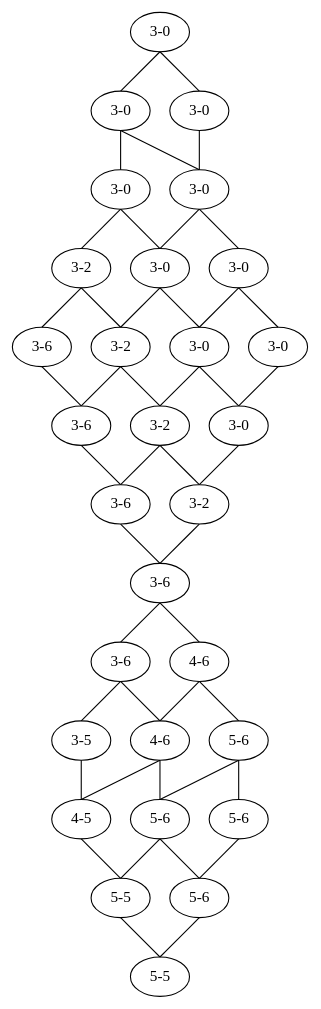
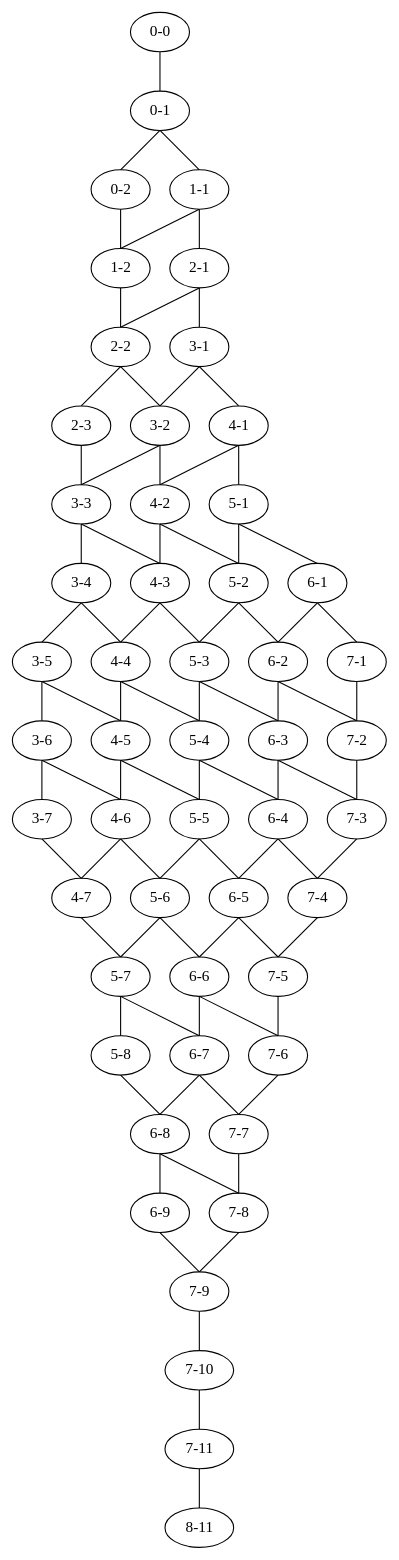
Before and after one commit to robzenn92/distributedAlgorithms: the diagram in src/main/java/com/distributedalgorithms/out/lattice.dot, drawn with Graphviz. The commit also changed 6 other files, not shown here.

```diff
--- a/src/main/java/com/distributedalgorithms/out/lattice.dot
+++ b/src/main/java/com/distributedalgorithms/out/lattice.dot
@@ -1,90 +1,148 @@
 digraph item_set {
 
 // set edge attribute
 edge [dir = none tailport = "s" headport = "n"]
 splines=false
 
 // the 1o layer
-0 [label = "3-0"];
+0 [label = "0-0"];
 
 // the 2o layer
-1 [label = "3-0"];
-10 [label = "3-0"];
+1 [label = "0-1"];
 
 // the 3o layer
-2 [label = "3-0"];
-11 [label = "3-0"];
+2 [label = "0-2"];
+11 [label = "1-1"];
 
 // the 4o layer
-3 [label = "3-2"];
-12 [label = "3-0"];
-21 [label = "3-0"];
+12 [label = "1-2"];
+21 [label = "2-1"];
 
 // the 5o layer
-4 [label = "3-6"];
-13 [label = "3-2"];
-22 [label = "3-0"];
-31 [label = "3-0"];
+22 [label = "2-2"];
+31 [label = "3-1"];
 
 // the 6o layer
-14 [label = "3-6"];
-23 [label = "3-2"];
-32 [label = "3-0"];
+23 [label = "2-3"];
+32 [label = "3-2"];
+41 [label = "4-1"];
 
 // the 7o layer
-24 [label = "3-6"];
-33 [label = "3-2"];
+33 [label = "3-3"];
+42 [label = "4-2"];
+51 [label = "5-1"];
 
 // the 8o layer
-34 [label = "3-6"];
+34 [label = "3-4"];
+43 [label = "4-3"];
+52 [label = "5-2"];
+61 [label = "6-1"];
 
 // the 9o layer
-35 [label = "3-6"];
-44 [label = "4-6"];
+35 [label = "3-5"];
+44 [label = "4-4"];
+53 [label = "5-3"];
+62 [label = "6-2"];
+71 [label = "7-1"];
 
 // the 10o layer
-36 [label = "3-5"];
-45 [label = "4-6"];
-54 [label = "5-6"];
+36 [label = "3-6"];
+45 [label = "4-5"];
+54 [label = "5-4"];
+63 [label = "6-3"];
+72 [label = "7-2"];
 
 // the 11o layer
-46 [label = "4-5"];
-55 [label = "5-6"];
-64 [label = "5-6"];
+37 [label = "3-7"];
+46 [label = "4-6"];
+55 [label = "5-5"];
+64 [label = "6-4"];
+73 [label = "7-3"];
 
 // the 12o layer
-56 [label = "5-5"];
-65 [label = "5-6"];
+47 [label = "4-7"];
+56 [label = "5-6"];
+65 [label = "6-5"];
+74 [label = "7-4"];
 
 // the 13o layer
-66 [label = "5-5"];
+57 [label = "5-7"];
+66 [label = "6-6"];
+75 [label = "7-5"];
 
-0 -> {10,1}
+// the 14o layer
+58 [label = "5-8"];
+67 [label = "6-7"];
+76 [label = "7-6"];
+
+// the 15o layer
+68 [label = "6-8"];
+77 [label = "7-7"];
+
+// the 16o layer
+69 [label = "6-9"];
+78 [label = "7-8"];
+
+// the 17o layer
+79 [label = "7-9"];
+
+// the 18o layer
+710 [label = "7-10"];
+
+// the 19o layer
+711 [label = "7-11"];
+
+// the 20o layer
+811 [label = "8-11"];
+
+0 -> {1}
 1 -> {11,2}
-2 -> {12,3}
-3 -> {13,4}
-4 -> {14}
-10 -> {11}
+2 -> {12}
 11 -> {21,12}
-12 -> {22,13}
-13 -> {23,14}
-14 -> {24}
+12 -> {22}
 21 -> {31,22}
 22 -> {32,23}
-23 -> {33,24}
-24 -> {34}
-31 -> {32}
-32 -> {33}
-33 -> {34}
+23 -> {33}
+31 -> {41,32}
+32 -> {42,33}
+33 -> {43,34}
 34 -> {44,35}
 35 -> {45,36}
-36 -> {46}
+36 -> {46,37}
+37 -> {47}
+41 -> {51,42}
+42 -> {52,43}
+43 -> {53,44}
 44 -> {54,45}
 45 -> {55,46}
-46 -> {56}
+46 -> {56,47}
+47 -> {57}
+51 -> {61,52}
+52 -> {62,53}
+53 -> {63,54}
 54 -> {64,55}
 55 -> {65,56}
-56 -> {66}
-64 -> {65}
-65 -> {66}
+56 -> {66,57}
+57 -> {67,58}
+58 -> {68}
+61 -> {71,62}
+62 -> {72,63}
+63 -> {73,64}
+64 -> {74,65}
+65 -> {75,66}
+66 -> {76,67}
+67 -> {77,68}
+68 -> {78,69}
+69 -> {79}
+71 -> {72}
+72 -> {73}
+73 -> {74}
+74 -> {75}
+75 -> {76}
+76 -> {77}
+77 -> {78}
+78 -> {79}
+79 -> {710}
+710 -> {711}
+711 -> {811}
 }
```
